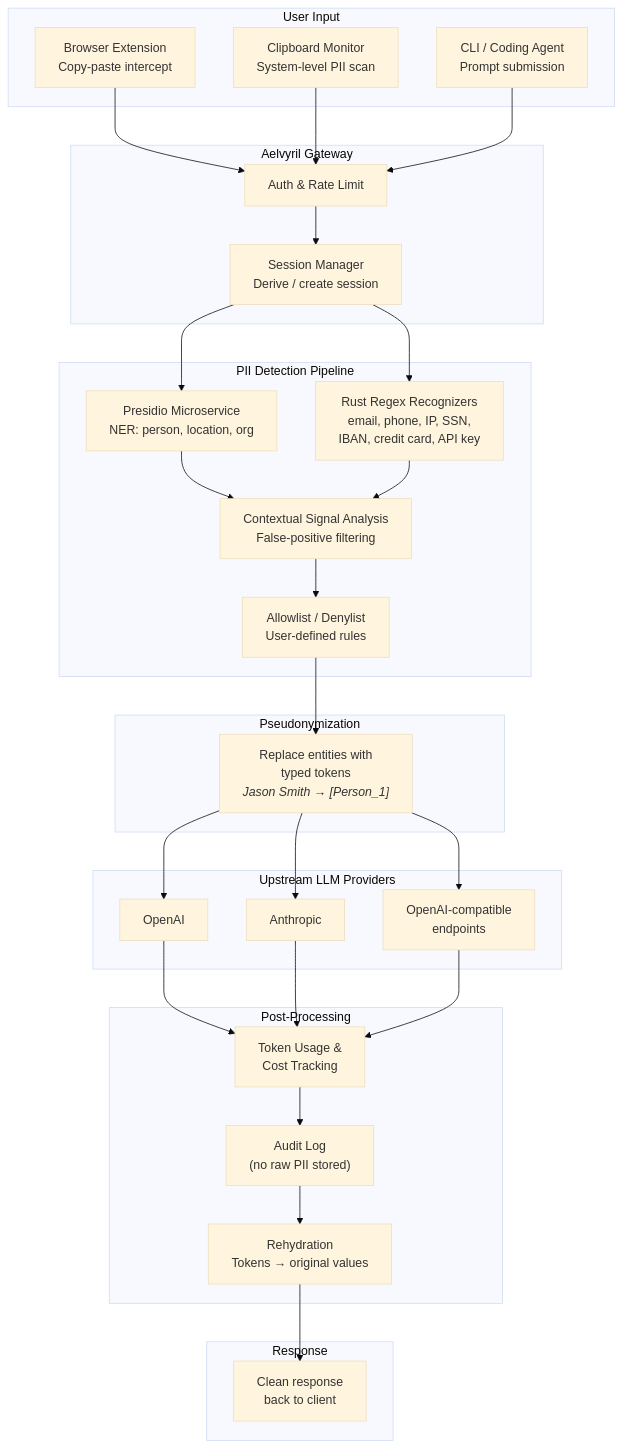
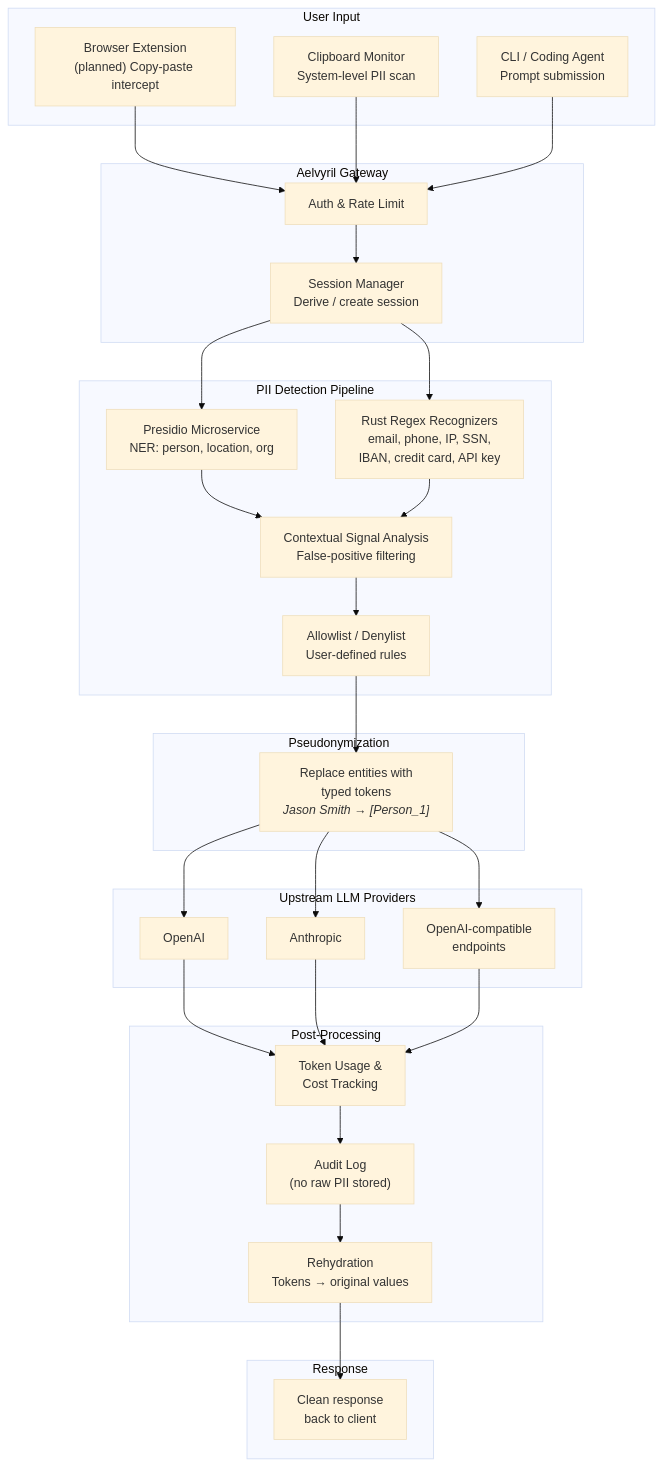
Before and after one commit to GeneGulanesJr/Aelvyril: the diagram in README.md, drawn with Mermaid (base theme).

Commit message:
docs(readme): mark browser-extension mermaid node as planned

````diff
--- a/README.md
+++ b/README.md
@@ -109,60 +109,60 @@
 ```mermaid
 flowchart TD
     subgraph UserInput["User Input"]
-        A1["Browser Extension<br/>Copy-paste intercept"]
+        A1["Browser Extension<br/>(planned) Copy-paste intercept"]
         A2["Clipboard Monitor<br/>System-level PII scan"]
         A3["CLI / Coding Agent<br/>Prompt submission"]
     end
 
     subgraph Gateway["Aelvyril Gateway"]
         B1["Auth & Rate Limit"]
         B2["Session Manager<br/>Derive / create session"]
     end
 
     subgraph PII["PII Detection Pipeline"]
         C1["Presidio Microservice<br/>NER: person, location, org"]
         C2["Rust Regex Recognizers<br/>email, phone, IP, SSN,<br/>IBAN, credit card, API key"]
         C3["Contextual Signal Analysis<br/>False-positive filtering"]
         C4["Allowlist / Denylist<br/>User-defined rules"]
     end
 
     subgraph Pseudonymize["Pseudonymization"]
         D1["Replace entities with<br/>typed tokens<br/><em>Jason Smith → [Person_1]</em>"]
     end
 
     subgraph Upstream["Upstream LLM Providers"]
         E1["OpenAI"]
         E2["Anthropic"]
         E3["OpenAI-compatible<br/>endpoints"]
     end
 
     subgraph PostProcess["Post-Processing"]
         F1["Token Usage &<br/>Cost Tracking"]
         F2["Audit Log<br/>(no raw PII stored)"]
         F3["Rehydration<br/>Tokens → original values"]
     end
 
     subgraph Response["Response"]
         G1["Clean response<br/>back to client"]
     end
 
     A1 --> B1
     A2 --> B1
     A3 --> B1
     B1 --> B2
     B2 --> C1
     B2 --> C2
     C1 --> C3
     C2 --> C3
     C3 --> C4
     C4 --> D1
     D1 --> E1
     D1 --> E2
     D1 --> E3
     E1 --> F1
     E2 --> F1
     E3 --> F1
     F1 --> F2
     F2 --> F3
     F3 --> G1
 ```
````
